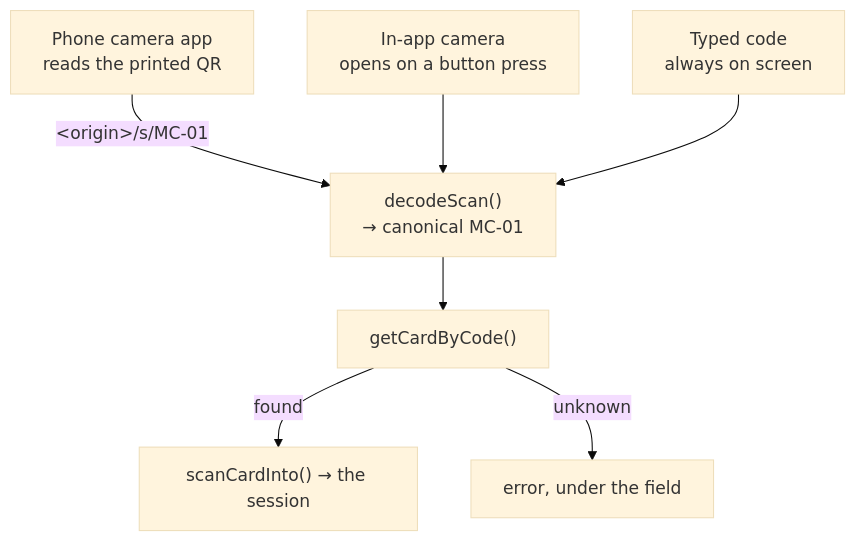
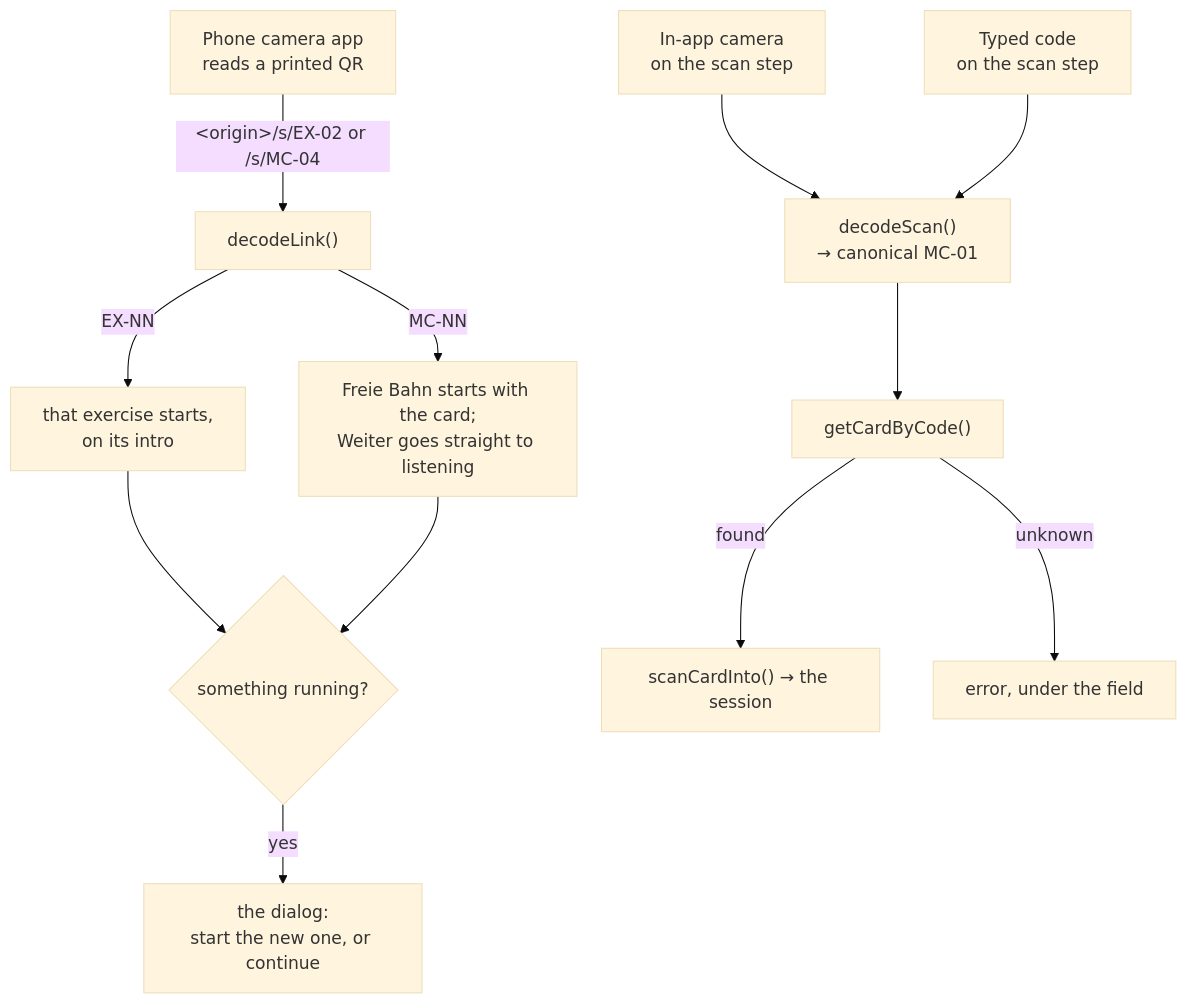
One commit to product-ben/musie changed the diagram in apps/docs/features/scan.md. Above: the diagram before and after it, drawn with Mermaid (base theme). The commit also changed other lines of this file and 46 other files, not shown here.

First line of the commit message:
Exercise cards: a printed QR code starts the run

````diff
--- a/apps/docs/features/scan.md
+++ b/apps/docs/features/scan.md
@@ -7,9 +10,14 @@
 ```mermaid
 flowchart TD
-  A["Phone camera app<br/>reads the printed QR"] -->|"&lt;origin&gt;/s/MC-01"| D
-  B["In-app camera<br/>opens on a button press"] --> D
-  C["Typed code<br/>always on screen"] --> D
+  A["Phone camera app<br/>reads a printed QR"] -->|"&lt;origin&gt;/s/EX-02 or /s/MC-04"| K["decodeLink()"]
+  K -->|"EX-NN"| X["that exercise starts,<br/>on its intro"]
+  K -->|"MC-NN"| F["Freie Bahn starts with the card;<br/>Weiter goes straight to listening"]
+  X --> R{"something running?"}
+  F --> R
+  R -->|"yes"| G["the dialog:<br/>start the new one, or continue"]
+  B["In-app camera<br/>on the scan step"] --> D
+  C["Typed code<br/>on the scan step"] --> D
   D["decodeScan()<br/>→ canonical MC-01"] --> L["getCardByCode()"]
   L -->|"found"| S["scanCardInto() → the session"]
   L -->|"unknown"| E["error, under the field"]
 ```
````
